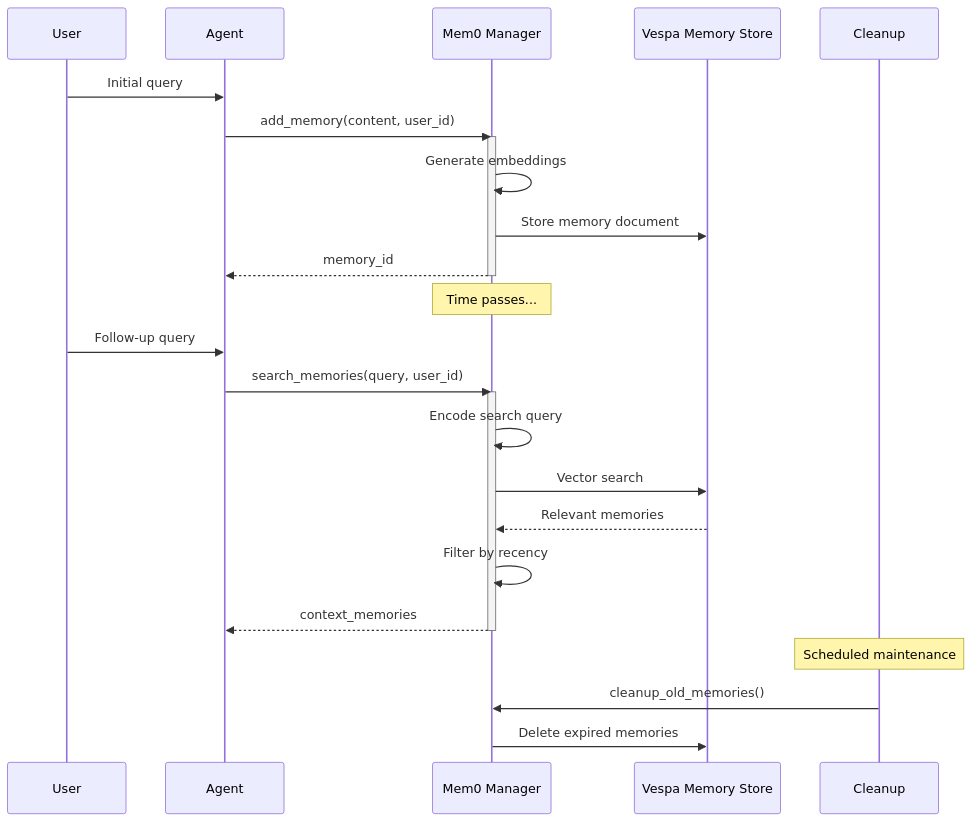
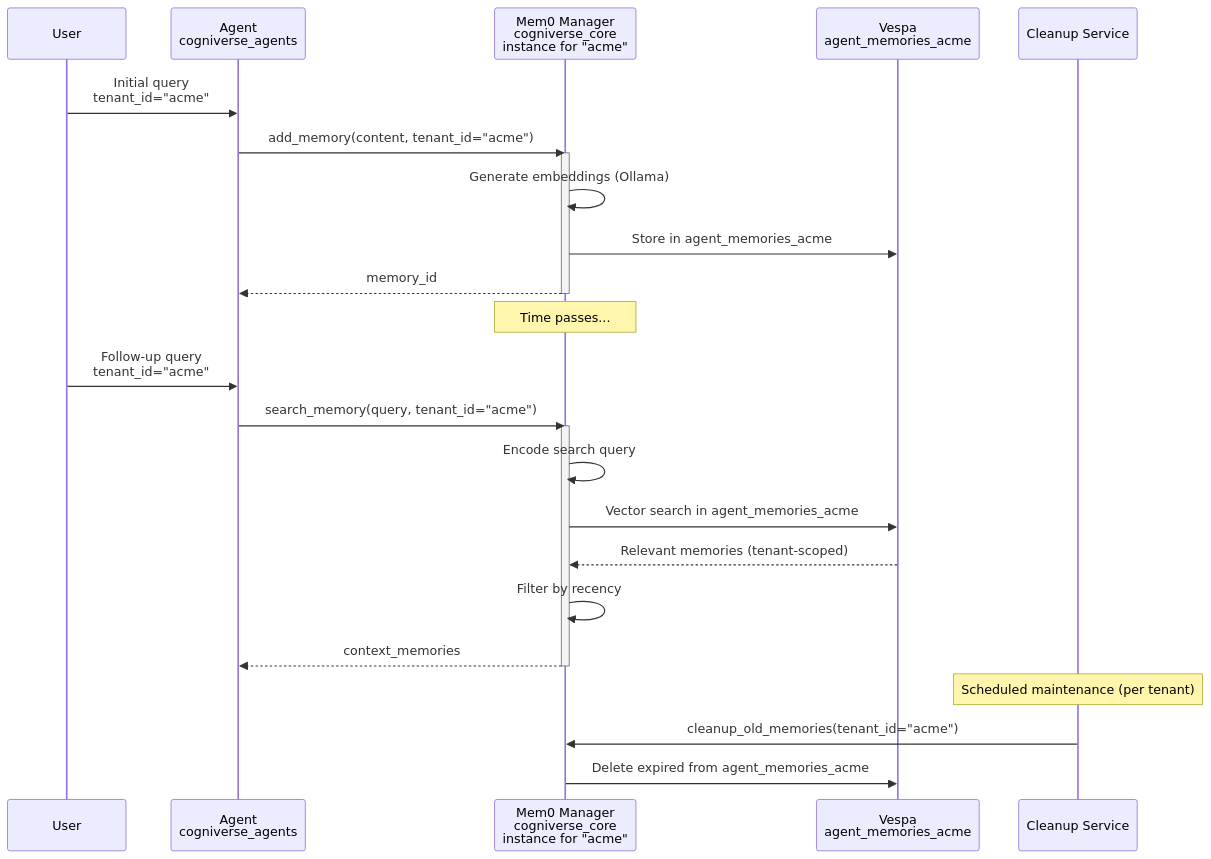
One commit to amit-jain/cogniverse changed diagram 19 of 25 in docs/architecture/system-flows.md. Above: the diagram before and after it, drawn with Mermaid. The commit also changed other lines of this file and 25 other files, not shown here.

````diff
--- a/docs/architecture/system-flows.md
+++ b/docs/architecture/system-flows.md
@@ -578,35 +751,35 @@
 ```mermaid
 sequenceDiagram
     participant User
-    participant Agent
-    participant Memory as Mem0 Manager
-    participant Vespa as Vespa Memory Store
-    participant Cleanup
+    participant Agent as Agent<br/>cogniverse_agents
+    participant Memory as Mem0 Manager<br/>cogniverse_core<br/>instance for "acme"
+    participant Vespa as Vespa<br/>agent_memories_acme
+    participant Cleanup as Cleanup Service
 
-    User->>Agent: Initial query
-    Agent->>Memory: add_memory(content, user_id)
+    User->>Agent: Initial query<br/>tenant_id="acme"
+    Agent->>Memory: add_memory(content, tenant_id="acme")
 
     activate Memory
-    Memory->>Memory: Generate embeddings
-    Memory->>Vespa: Store memory document
+    Memory->>Memory: Generate embeddings (Ollama)
+    Memory->>Vespa: Store in agent_memories_acme
     Memory-->>Agent: memory_id
     deactivate Memory
 
     Note over Memory: Time passes...
 
-    User->>Agent: Follow-up query
-    Agent->>Memory: search_memories(query, user_id)
+    User->>Agent: Follow-up query<br/>tenant_id="acme"
+    Agent->>Memory: search_memory(query, tenant_id="acme")
 
     activate Memory
     Memory->>Memory: Encode search query
-    Memory->>Vespa: Vector search
-    Vespa-->>Memory: Relevant memories
+    Memory->>Vespa: Vector search in agent_memories_acme
+    Vespa-->>Memory: Relevant memories (tenant-scoped)
     Memory->>Memory: Filter by recency
     Memory-->>Agent: context_memories
     deactivate Memory
 
-    Note over Cleanup: Scheduled maintenance
+    Note over Cleanup: Scheduled maintenance (per tenant)
 
-    Cleanup->>Memory: cleanup_old_memories()
-    Memory->>Vespa: Delete expired memories
+    Cleanup->>Memory: cleanup_old_memories(tenant_id="acme")
+    Memory->>Vespa: Delete expired from agent_memories_acme
 ```
````
